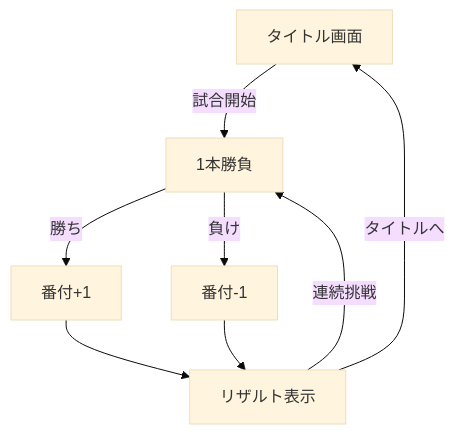
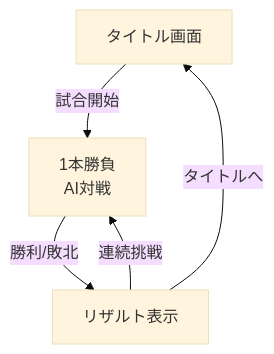
One commit to usagi917/sumo_game changed the diagram in README.md. Above: the diagram before and after it, drawn with Mermaid (base theme). The commit also changed other lines of this file and 4 other files, not shown here.

Commit message:
docs: Update game controls, design, architecture, technical documentation, and README.

````diff
--- a/README.md
+++ b/README.md
@@ -70,10 +70,7 @@
 ```mermaid
 flowchart TD
-  T[タイトル画面] -->|試合開始| B[1本勝負]
-  B -->|勝ち| UP[番付+1]
-  B -->|負け| DOWN[番付-1]
-  UP --> RES[リザルト表示]
-  DOWN --> RES
+  T[タイトル画面] -->|試合開始| B[1本勝負<br/>AI対戦]
+  B -->|勝利/敗北| RES[リザルト表示]
   RES -->|連続挑戦| B
   RES -->|タイトルへ| T
 ```
````
